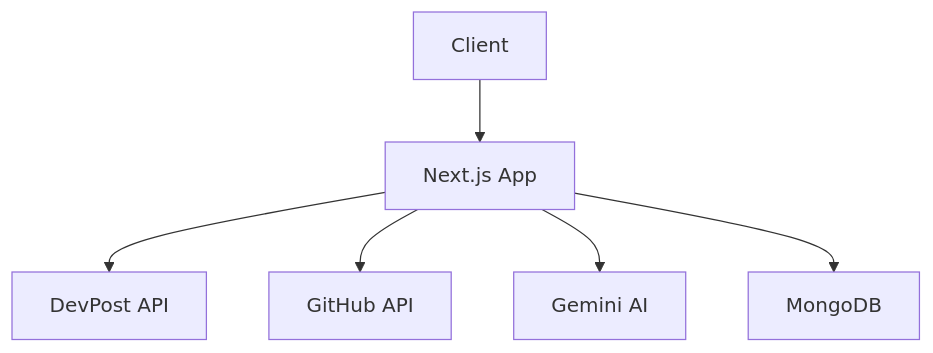
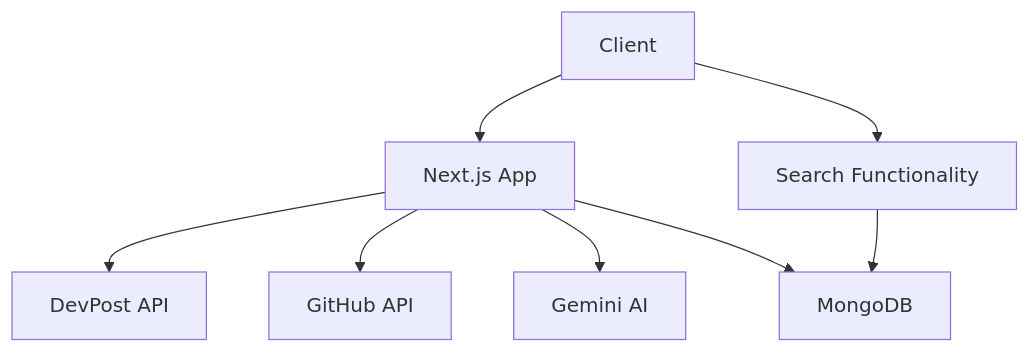
The first of 3 diagrams in docs/architecture.md (BeLazy167/Devscan), drawn with Mermaid before and after one commit. The commit also changed other lines of this file and 16 other files, not shown here.

````diff
--- a/docs/architecture.md
+++ b/docs/architecture.md
@@ -7,8 +7,10 @@
 ```mermaid
 graph TD
     A[Client] --> B[Next.js App]
     B --> C[DevPost API]
     B --> D[GitHub API]
     B --> E[Gemini AI]
     B --> F[MongoDB]
+    A --> G[Search Functionality]
+    G --> F
 ```
````
